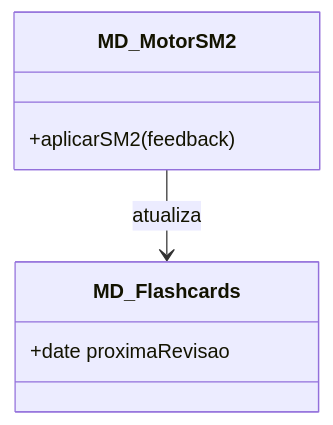
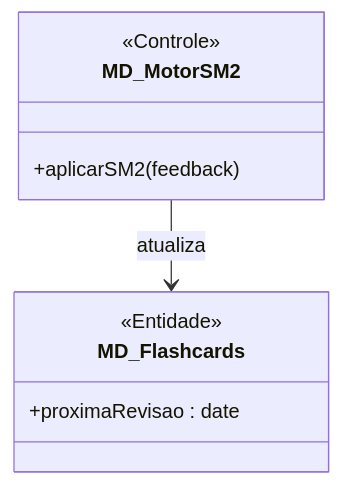
Before and after one commit to MayconDIS/PIM_III-Documentacao_UML: the first of 2 diagrams in PIM_III/02_Modelagem_UML_Astah/UC09_Estudar_Flashcards/README.md, drawn with Mermaid. The commit also changed other lines of this file and 17 other files, not shown here.

````diff
--- a/PIM_III/02_Modelagem_UML_Astah/UC09_Estudar_Flashcards/README.md
+++ b/PIM_III/02_Modelagem_UML_Astah/UC09_Estudar_Flashcards/README.md
@@ -32,10 +29,12 @@
 ```mermaid
 classDiagram
     class MD_MotorSM2 {
+        <<Controle>>
         +aplicarSM2(feedback)
     }
     class MD_Flashcards {
-        +date proximaRevisao
+        <<Entidade>>
+        +proximaRevisao : date
     }
     MD_MotorSM2 --> MD_Flashcards : atualiza
 ```
````
